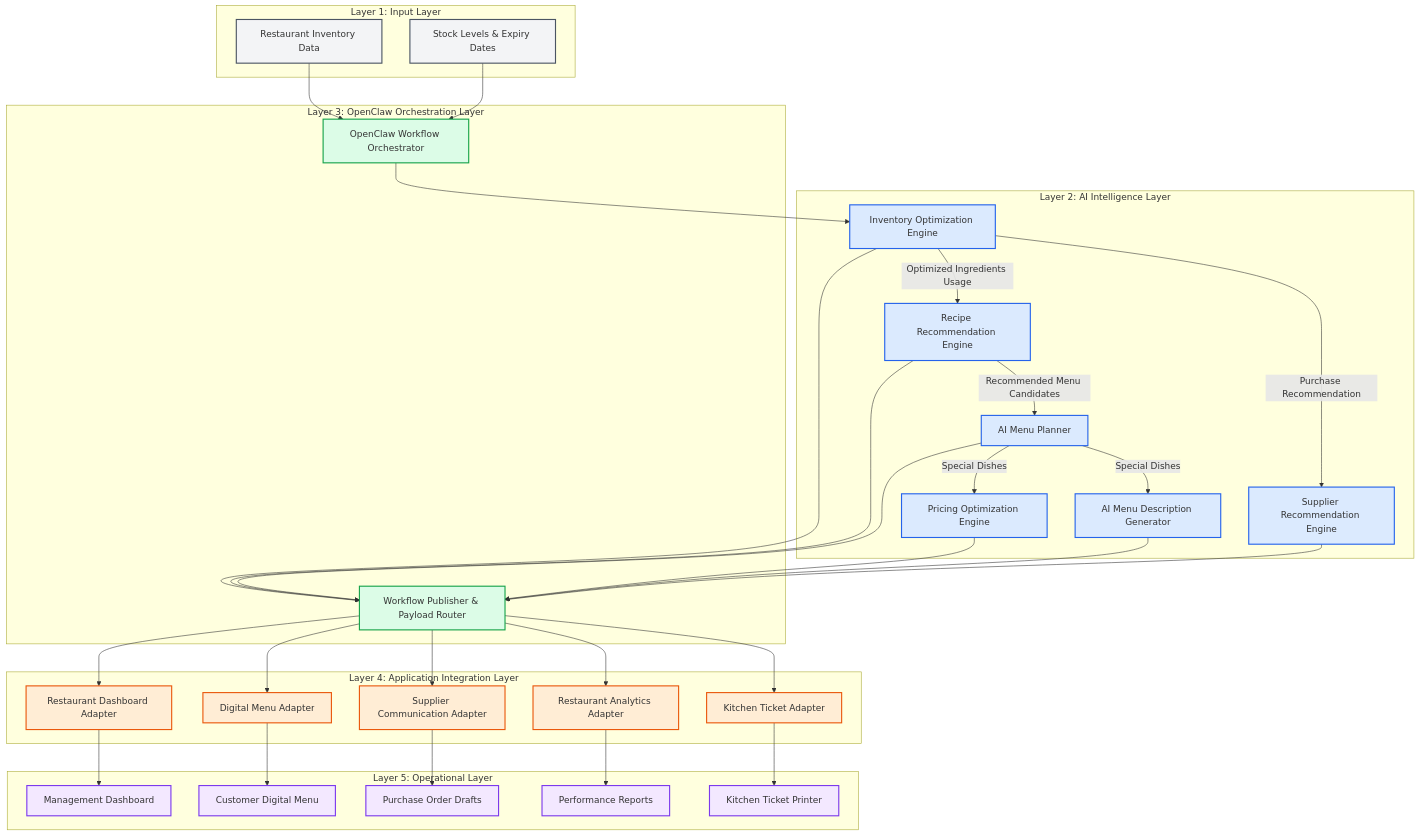
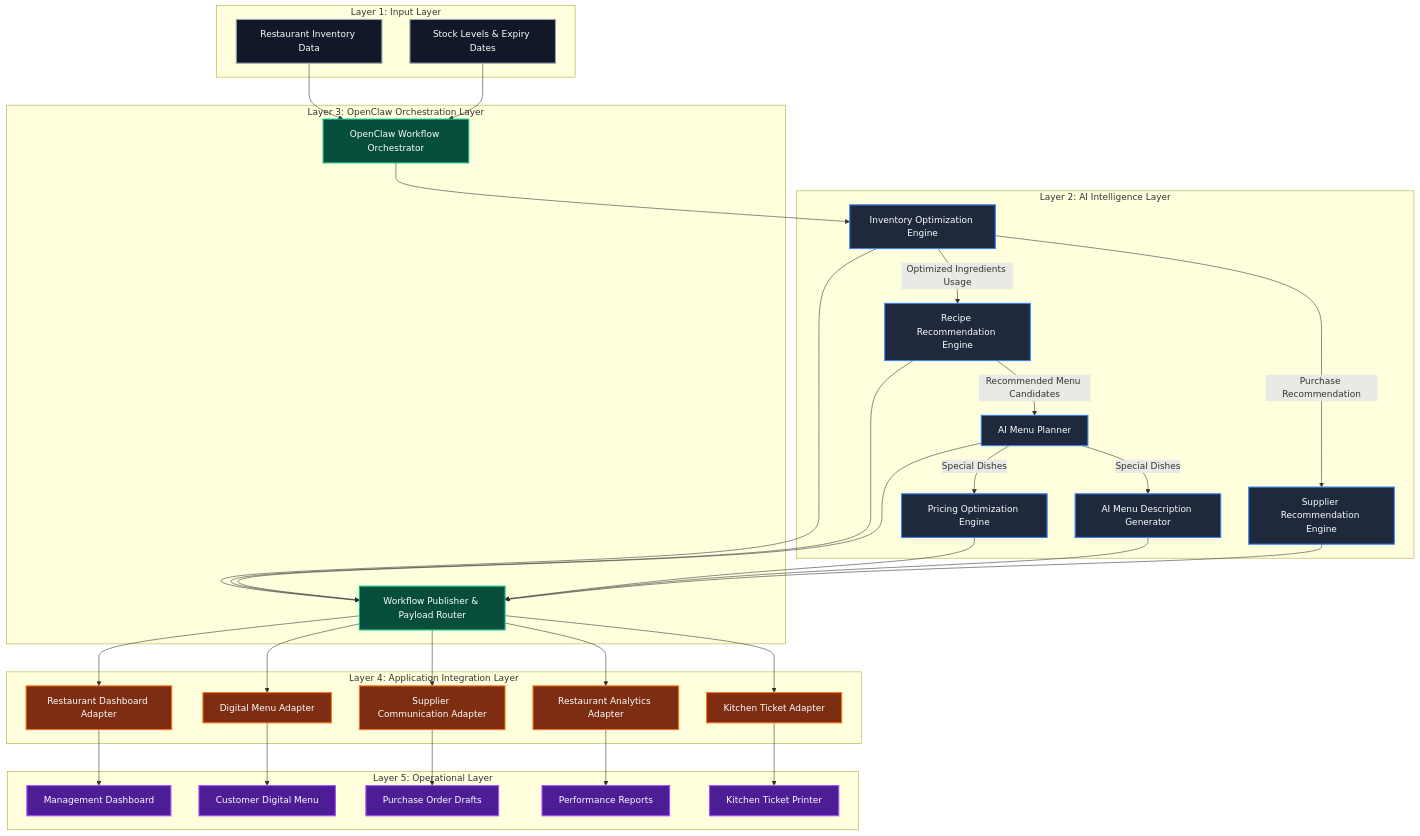
Before and after one commit to codenchaoss/pantrypulse: the first of 3 diagrams in ai-service/README.md, drawn with Mermaid. The commit also changed other lines of this file, not shown here.

````diff
--- a/ai-service/README.md
+++ b/ai-service/README.md
@@ -23,67 +23,67 @@
 ```mermaid
 graph TD
-    %% Styling classes
-    classDef ai fill:#dbeafe,stroke:#2563eb,stroke-width:2px;
-    classDef workflow fill:#dcfce7,stroke:#16a34a,stroke-width:2px;
-    classDef app fill:#ffedd5,stroke:#ea580c,stroke-width:2px;
-    classDef output fill:#f3e8ff,stroke:#7c3aed,stroke-width:2px;
-    classDef external fill:#f3f4f6,stroke:#4b5563,stroke-width:2px;
+    %% High-Contrast Professional Styling Classes
+    classDef ai fill:#1e293b,stroke:#3b82f6,stroke-width:2px,color:#ffffff;
+    classDef workflow fill:#064e3b,stroke:#10b981,stroke-width:2px,color:#ffffff;
+    classDef app fill:#7c2d12,stroke:#f97316,stroke-width:2px,color:#ffffff;
+    classDef output fill:#4c1d95,stroke:#a855f7,stroke-width:2px,color:#ffffff;
+    classDef external fill:#111827,stroke:#9ca3af,stroke-width:2px,color:#ffffff;
 
     %% Layer 1: Input Layer
     subgraph Layer 1: Input Layer [Layer 1: Input Layer]
         A[Restaurant Inventory Data]:::external
         B[Stock Levels & Expiry Dates]:::external
     end
 
     %% Layer 2: AI Intelligence Layer
     subgraph Layer 2: AI Intelligence Layer [Layer 2: AI Intelligence Layer]
         C[Inventory Optimization Engine]:::ai
         D[Recipe Recommendation Engine]:::ai
         E[AI Menu Planner]:::ai
         F[Pricing Optimization Engine]:::ai
         G[AI Menu Description Generator]:::ai
         H[Supplier Recommendation Engine]:::ai
     end
 
     %% Layer 3: OpenClaw Orchestration Layer
     subgraph Layer 3: OpenClaw Orchestration Layer [Layer 3: OpenClaw Orchestration Layer]
         I[OpenClaw Workflow Orchestrator]:::workflow
         J[Workflow Publisher & Payload Router]:::workflow
     end
 
     %% Layer 4: Application Integration Layer
     subgraph Layer 4: Application Integration Layer [Layer 4: Application Integration Layer]
         K[Restaurant Dashboard Adapter]:::app
         L[Digital Menu Adapter]:::app
         M[Supplier Communication Adapter]:::app
         N[Restaurant Analytics Adapter]:::app
         O[Kitchen Ticket Adapter]:::app
     end
 
     %% Layer 5: Operational Layer
     subgraph Layer 5: Operational Layer [Layer 5: Operational Layer]
         P[Management Dashboard]:::output
         Q[Customer Digital Menu]:::output
         R[Purchase Order Drafts]:::output
         S[Performance Reports]:::output
         T[Kitchen Ticket Printer]:::output
     end
 
     %% Flow Connections
     A & B --> I
     I --> C
     C -->|Optimized Ingredients Usage| D
     D -->|Recommended Menu Candidates| E
     E -->|Special Dishes| F
     E -->|Special Dishes| G
     C -->|Purchase Recommendation| H
   
     C & D & E & F & G & H --> J
     J --> K & L & M & N & O
   
     K --> P
     L --> Q
     M --> R
     N --> S
     O --> T
 ```
````
